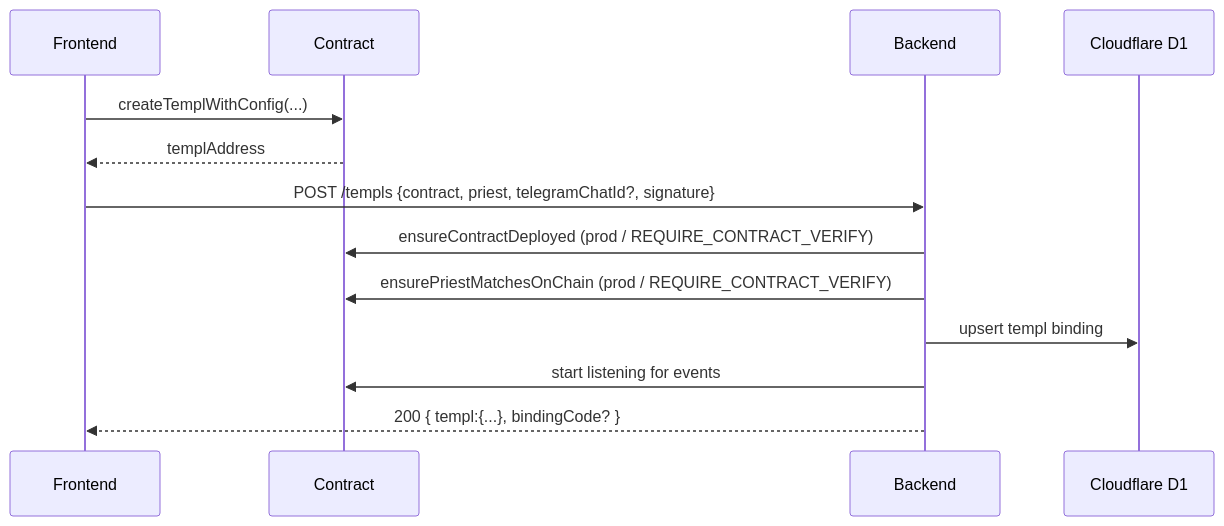
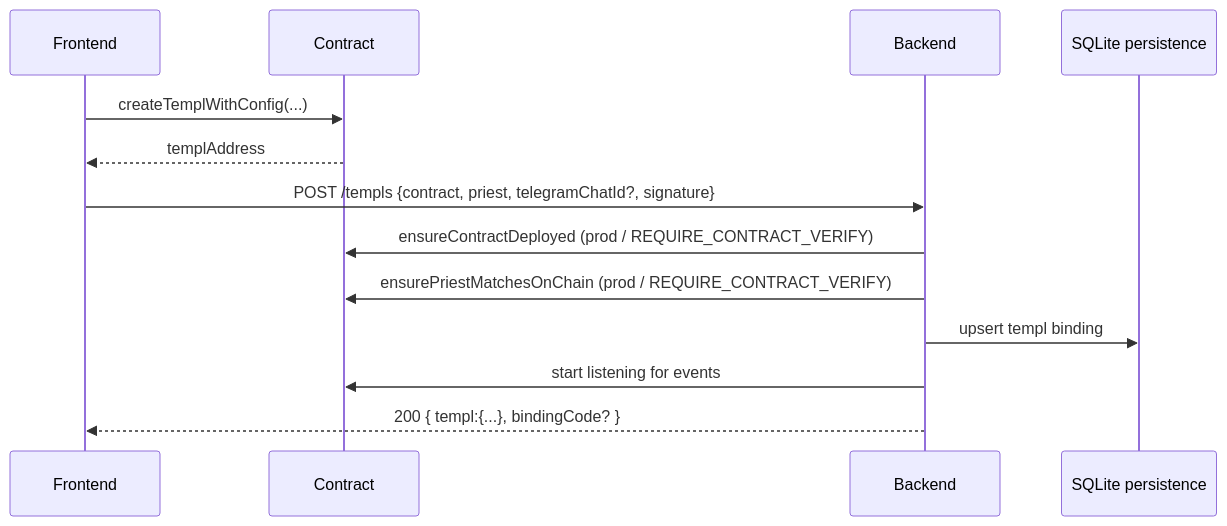
One commit to templ-fun/templ-evm-protocol changed the second of 11 diagrams in docs/CORE_FLOW_DOCS.MD. Above: the diagram before and after it, drawn with Mermaid. The commit also changed other lines of this file and 13 other files, not shown here.

````diff
--- a/docs/CORE_FLOW_DOCS.MD
+++ b/docs/CORE_FLOW_DOCS.MD
@@ -31,15 +31,15 @@
 ```mermaid
 sequenceDiagram
     participant F as Frontend
     participant C as Contract
     participant B as Backend
-    participant D as Cloudflare D1
+    participant D as SQLite persistence
     F->>C: createTemplWithConfig(...)
     C-->>F: templAddress
     F->>B: POST /templs {contract, priest, telegramChatId?, signature}
     B->>C: ensureContractDeployed (prod / REQUIRE_CONTRACT_VERIFY)
     B->>C: ensurePriestMatchesOnChain (prod / REQUIRE_CONTRACT_VERIFY)
     B->>D: upsert templ binding
     B->>C: start listening for events
     B-->>F: 200 { templ:{...}, bindingCode? }
 ```
````
